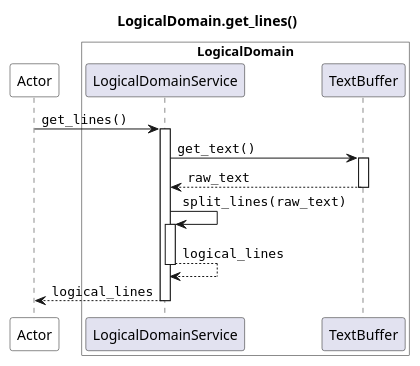
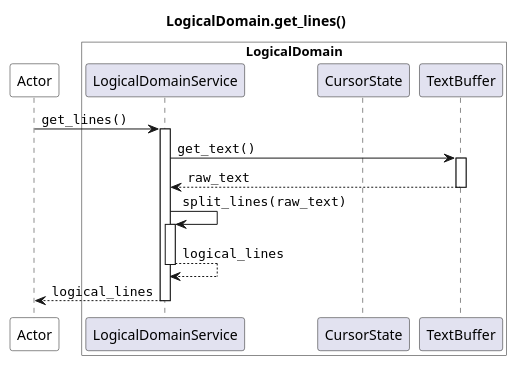
Before and after one commit to JoeRittiner/TextEngine: the diagram in docs/source/specs/architecture/diagrams/sequence/seq_get_lines_logical.puml, drawn with PlantUML. The commit also changed 1 other file, not shown here.

Commit message:
doc: Update "Get lines" diagrams

```diff
--- a/docs/source/specs/architecture/diagrams/sequence/seq_get_lines_logical.puml
+++ b/docs/source/specs/architecture/diagrams/sequence/seq_get_lines_logical.puml
@@ -1,21 +1,22 @@
 @startuml
 
 title LogicalDomain.get_lines()
 
 participant Actor as app #white
 box "LogicalDomain" #white
     participant LogicalDomainService as LS
+    participant CursorState as CS
     participant TextBuffer as TB
 end box
 
 app -> LS : ""get_lines()""
 activate LS
     LS -> TB : ""get_text()""
     activate TB
         return ""raw_text""
     LS -> LS : ""split_lines(raw_text)""
     activate LS
         return ""logical_lines""
     return ""logical_lines""
 
 @enduml
```
